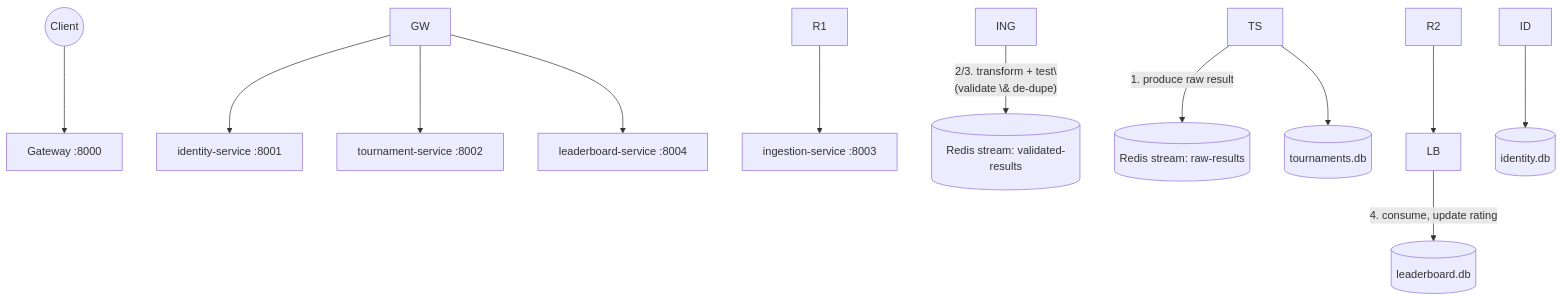
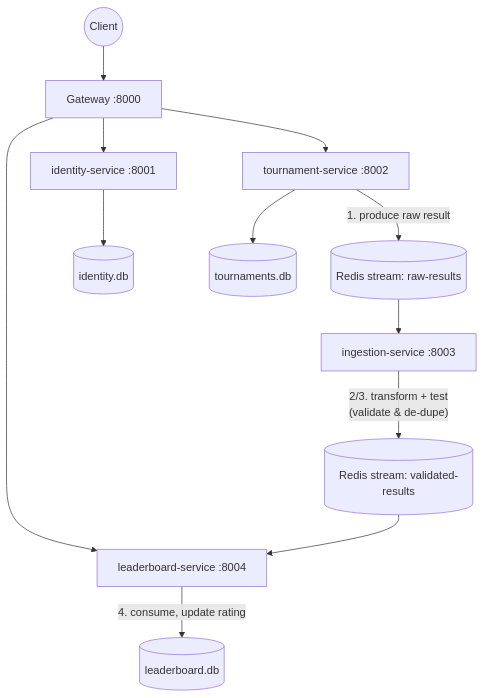
The second of 2 diagrams in docs/ARCHITECTURE.md (Shhh09git/ClashArena), drawn with Mermaid before and after one commit. The commit also changed other lines of this file, not shown here.

Commit message:
Replace ARCHITECTURE.md with repaired version: fix diagrams, finish sentence, rewrite section 8, soften XACK claim

````diff
--- a/docs/ARCHITECTURE.md
+++ b/docs/ARCHITECTURE.md
@@ -124,16 +124,16 @@
 ```mermaid
 flowchart TB
-    Client((Client)) --> GW\[Gateway :8000]
-    GW --> ID\[identity-service :8001]
-    GW --> TS\[tournament-service :8002]
-    GW --> LB\[leaderboard-service :8004]
+    Client((Client)) --> GW[Gateway :8000]
+    GW --> ID[identity-service :8001]
+    GW --> TS[tournament-service :8002]
+    GW --> LB[leaderboard-service :8004]
 
-    TS -- "1. produce raw result" --> R1\[(Redis stream: raw-results)]
-    R1 --> ING\[ingestion-service :8003]
-    ING -- "2/3. transform + test\\n(validate \& de-dupe)" --> R2\[(Redis stream: validated-results)]
+    TS -- "1. produce raw result" --> R1[(Redis stream: raw-results)]
+    R1 --> ING[ingestion-service :8003]
+    ING -- "2/3. transform + test\n(validate & de-dupe)" --> R2[(Redis stream: validated-results)]
     R2 --> LB
-    LB -- "4. consume, update rating" --> LBDB\[(leaderboard.db)]
+    LB -- "4. consume, update rating" --> LBDB[(leaderboard.db)]
 
-    ID --> IDDB\[(identity.db)]
-    TS --> TSDB\[(tournaments.db)]
+    ID --> IDDB[(identity.db)]
+    TS --> TSDB[(tournaments.db)]
 ```
````
